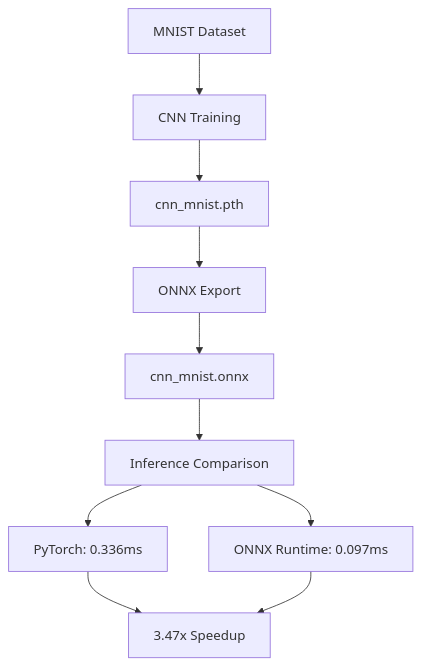
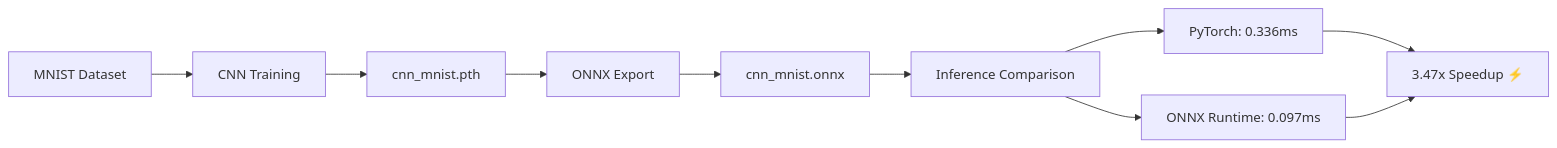
The diagram in README.md (KIMMINSEOP-37/onnx-optimization), drawn with Mermaid before and after one commit. The commit also changed other lines of this file, not shown here.

````diff
--- a/README.md
+++ b/README.md
@@ -48,12 +37,12 @@
 ```mermaid
-flowchart TD
+flowchart LR
     A[MNIST Dataset] --> B[CNN Training]
     B --> C[cnn_mnist.pth]
     C --> D[ONNX Export]
     D --> E[cnn_mnist.onnx]
     E --> F[Inference Comparison]
     F --> G[PyTorch: 0.336ms]
     F --> H[ONNX Runtime: 0.097ms]
-    G --> I[3.47x Speedup]
+    G --> I[3.47x Speedup ⚡]
     H --> I
 ```
````
